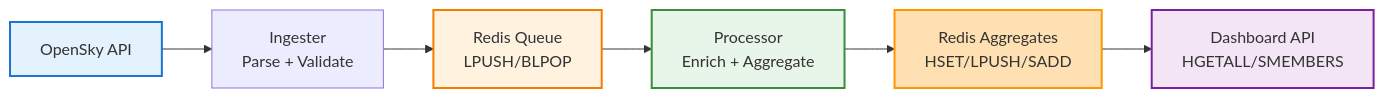
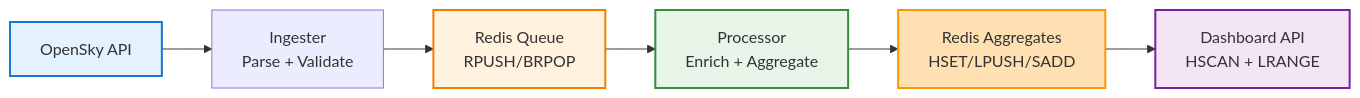
One commit to ClementV78/CloudRadar changed the seventh of 10 diagrams in docs/architecture/technical-architecture-summary.md. Above: the diagram before and after it, drawn with Mermaid. The commit also changed other lines of this file and 1 other file, not shown here.

First line of the commit message:
docs(architecture): align technical architecture docs

````diff
--- a/docs/architecture/technical-architecture-summary.md
+++ b/docs/architecture/technical-architecture-summary.md
@@ -305,17 +323,17 @@
 ```mermaid
 graph LR
     A[OpenSky API]
     B[Ingester<br/>Parse + Validate]
-    C[Redis Queue<br/>LPUSH/BLPOP]
+    C[Redis Queue<br/>RPUSH/BRPOP]
     D[Processor<br/>Enrich + Aggregate]
     E[Redis Aggregates<br/>HSET/LPUSH/SADD]
-    F[Dashboard API<br/>HGETALL/SMEMBERS]
+    F[Dashboard API<br/>HSCAN + LRANGE]
     
     A --> B --> C --> D --> E --> F
     
     style A fill:#e3f2fd,stroke:#1976d2,stroke-width:2px
     style C fill:#fff3e0,stroke:#f57c00,stroke-width:2px
     style D fill:#e8f5e9,stroke:#388e3c,stroke-width:2px
     style E fill:#ffe0b2,stroke:#ff9800,stroke-width:2px
     style F fill:#f3e5f5,stroke:#7b1fa2,stroke-width:2px
 ```
````
